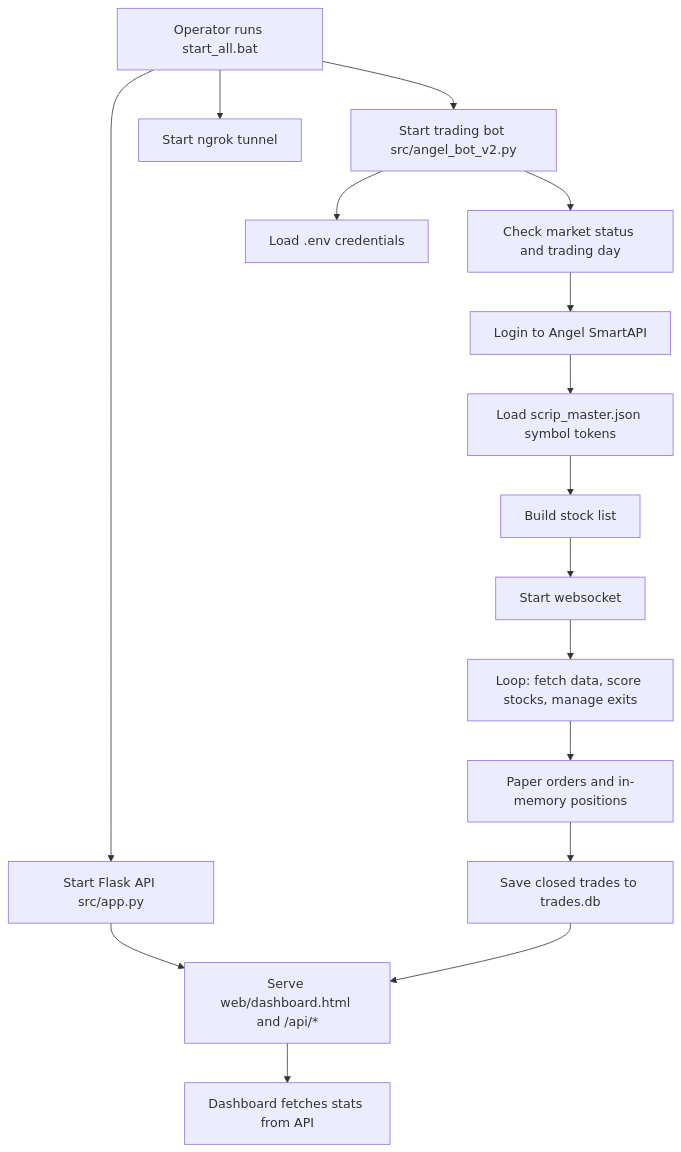
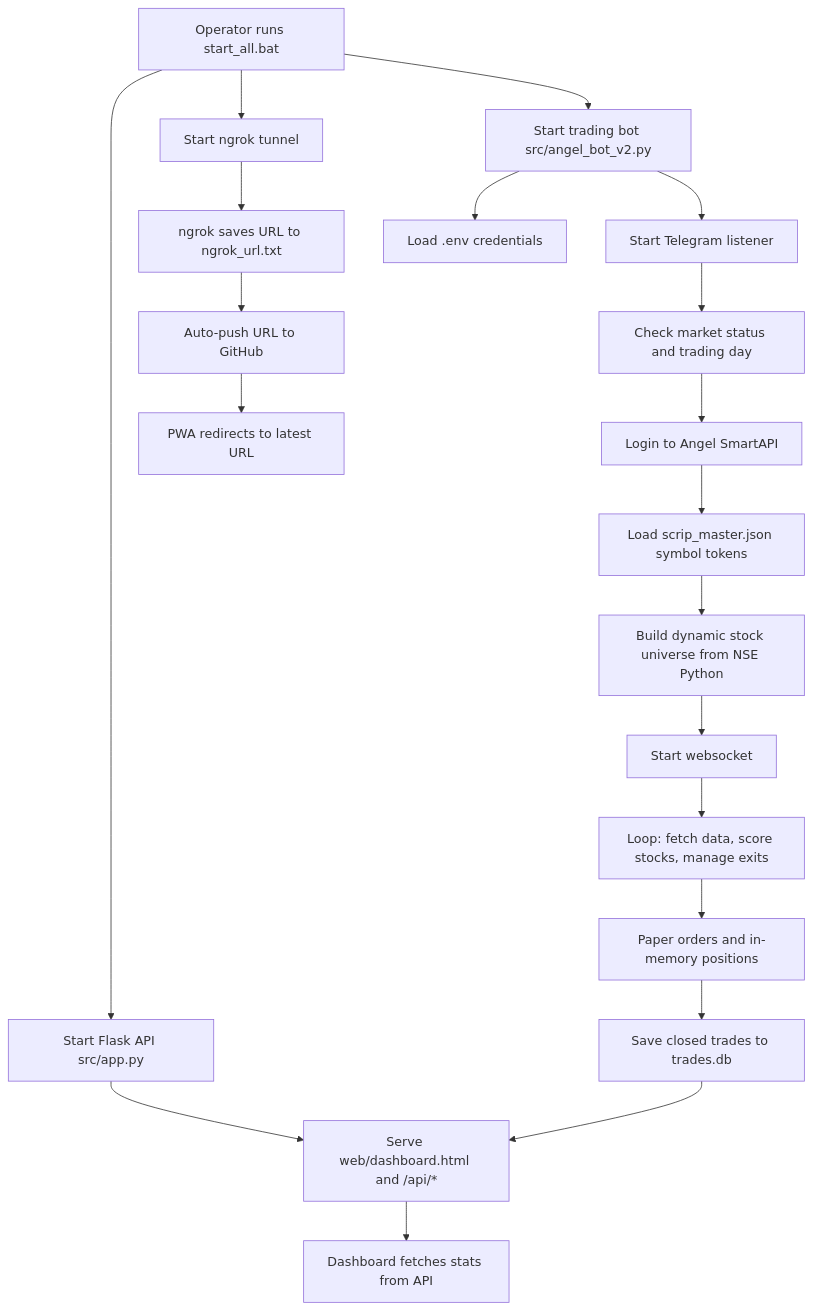
The diagram in docs/SYSTEM_OVERVIEW.md (anjanib31-source/trading-dashboard), drawn with Mermaid before and after one commit. The commit also changed other lines of this file and 3 other files, not shown here.

````diff
--- a/docs/SYSTEM_OVERVIEW.md
+++ b/docs/SYSTEM_OVERVIEW.md
@@ -65,18 +110,22 @@
 ```mermaid
 flowchart TD
     A[Operator runs start_all.bat] --> B[Start Flask API src/app.py]
     A --> C[Start ngrok tunnel]
     A --> D[Start trading bot src/angel_bot_v2.py]
     D --> E[Load .env credentials]
-    D --> F[Check market status and trading day]
-    F --> G[Login to Angel SmartAPI]
-    G --> H[Load scrip_master.json symbol tokens]
-    H --> I[Build stock list]
-    I --> J[Start websocket]
-    J --> K[Loop: fetch data, score stocks, manage exits]
-    K --> L[Paper orders and in-memory positions]
-    L --> M[Save closed trades to trades.db]
-    B --> N[Serve web/dashboard.html and /api/*]
-    N --> O[Dashboard fetches stats from API]
-    M --> N
+    D --> F[Start Telegram listener]
+    F --> G[Check market status and trading day]
+    G --> H[Login to Angel SmartAPI]
+    H --> I[Load scrip_master.json symbol tokens]
+    I --> J[Build dynamic stock universe from NSE Python]
+    J --> K[Start websocket]
+    K --> L[Loop: fetch data, score stocks, manage exits]
+    L --> M[Paper orders and in-memory positions]
+    M --> N[Save closed trades to trades.db]
+    B --> O[Serve web/dashboard.html and /api/*]
+    O --> P[Dashboard fetches stats from API]
+    N --> O
+    C --> Q[ngrok saves URL to ngrok_url.txt]
+    Q --> R[Auto-push URL to GitHub]
+    R --> S[PWA redirects to latest URL]
 ```
````
